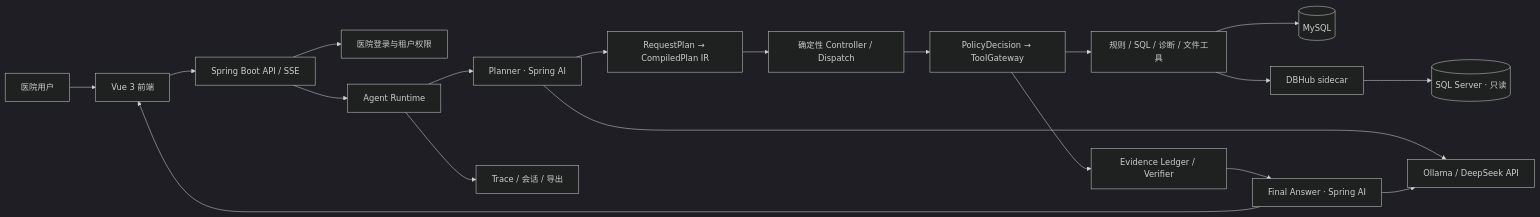
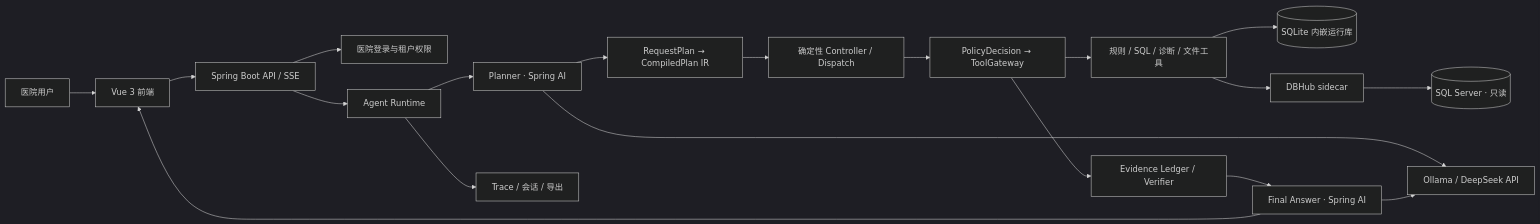
Before and after one commit to KK456701/wiki-project: the diagram in docs/migration/java-vue-migration.md, drawn with Mermaid (dark theme). The commit also changed other lines of this file and 37 other files, not shown here.

````diff
--- a/docs/migration/java-vue-migration.md
+++ b/docs/migration/java-vue-migration.md
@@ -21,21 +21,21 @@
 ```mermaid
 flowchart LR
     U["医院用户"] --> V["Vue 3 前端"]
     V --> A["Spring Boot API / SSE"]
     A --> AU["医院登录与租户权限"]
     A --> R["Agent Runtime"]
     R --> P["Planner · Spring AI"]
     P --> IR["RequestPlan → CompiledPlan IR"]
     IR --> C["确定性 Controller / Dispatch"]
     C --> G["PolicyDecision → ToolGateway"]
     G --> RT["规则 / SQL / 诊断 / 文件工具"]
-    RT --> M[("MySQL")]
+    RT --> M[("SQLite 内嵌运行库")]
     RT --> D["DBHub sidecar"]
     D --> S[("SQL Server · 只读")]
     G --> E["Evidence Ledger / Verifier"]
     E --> F["Final Answer · Spring AI"]
     F --> V
     R --> O["Trace / 会话 / 导出"]
     P --> L["Ollama / DeepSeek API"]
     F --> L
 ```
````
